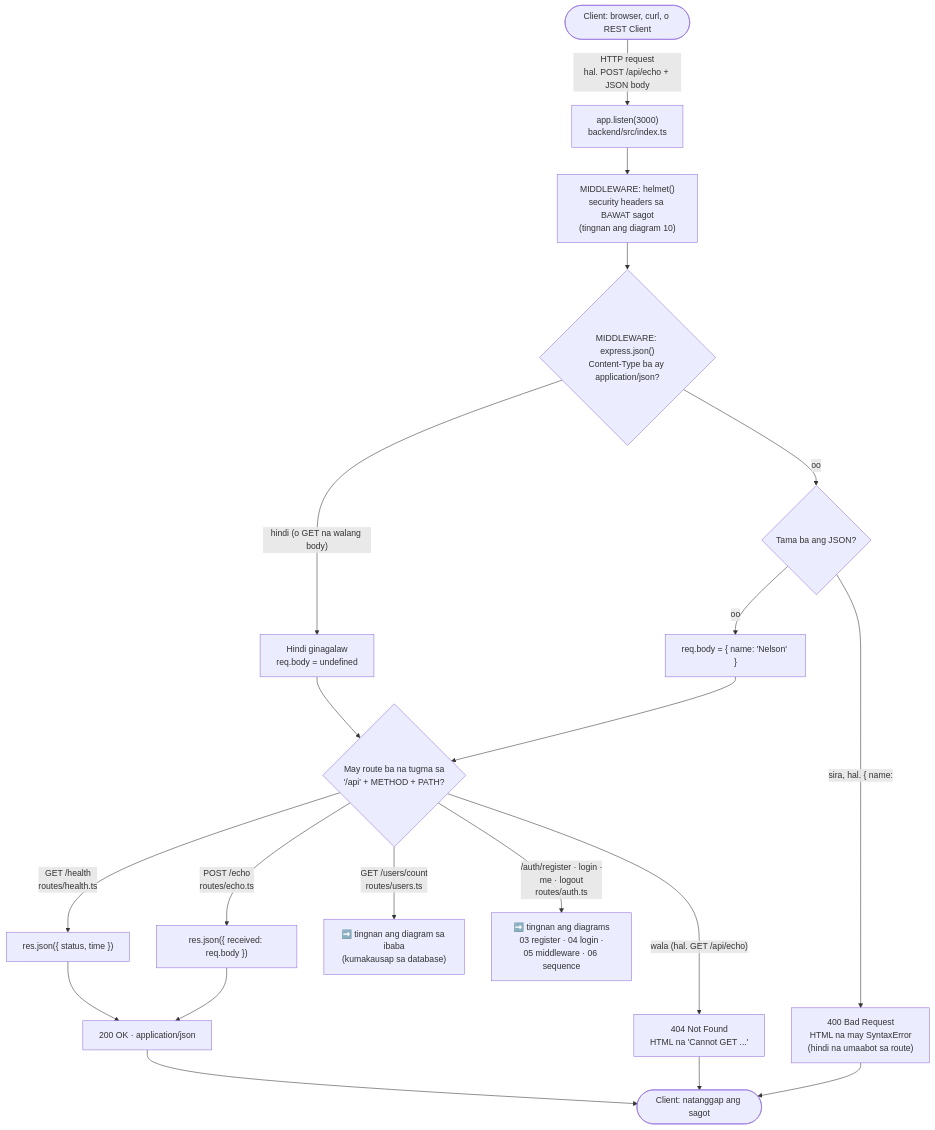
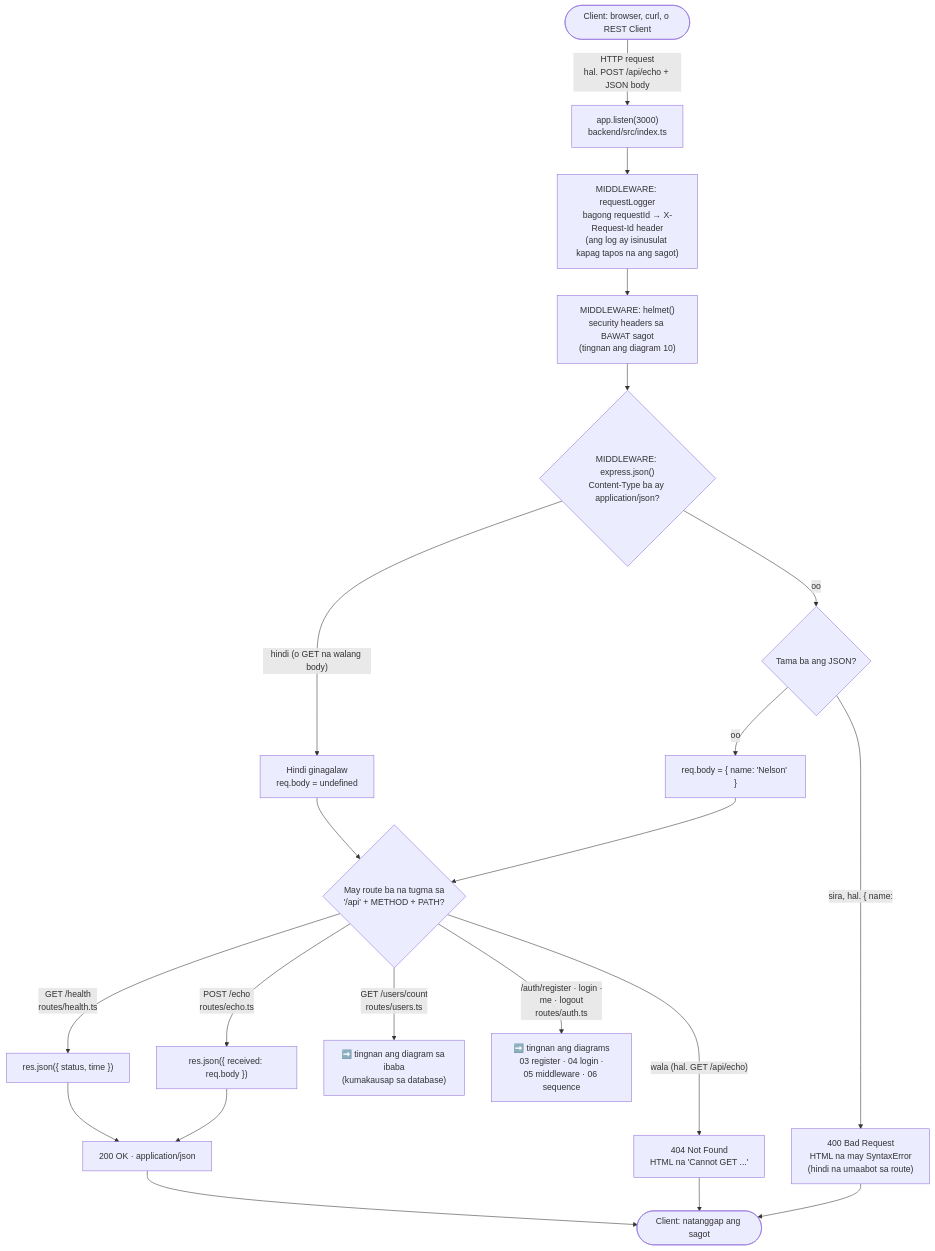
One commit to nelson1869-ai/auth-learning changed the first of 3 diagrams in docs/diagrams/01-request-lifecycle.md. Above: the diagram before and after it, drawn with Mermaid. The commit also changed other lines of this file and 20 other files, not shown here.

````diff
--- a/docs/diagrams/01-request-lifecycle.md
+++ b/docs/diagrams/01-request-lifecycle.md
@@ -10,22 +10,23 @@
 ```mermaid
 flowchart TD
     Start(["Client: browser, curl, o REST Client"]) -->|"HTTP request<br/>hal. POST /api/echo + JSON body"| Listen["app.listen(3000)<br/>backend/src/index.ts"]
-    Listen --> Helmet["MIDDLEWARE: helmet()<br/>security headers sa BAWAT sagot<br/>(tingnan ang diagram 10)"]
+    Listen --> Log["MIDDLEWARE: requestLogger<br/>bagong requestId → X-Request-Id header<br/>(ang log ay isinusulat kapag tapos na ang sagot)"]
+    Log --> Helmet["MIDDLEWARE: helmet()<br/>security headers sa BAWAT sagot<br/>(tingnan ang diagram 10)"]
     Helmet --> Json{"MIDDLEWARE: express.json()<br/>Content-Type ba ay application/json?"}
     Json -->|"hindi (o GET na walang body)"| Skip["Hindi ginagalaw<br/>req.body = undefined"]
     Json -->|"oo"| Parse{"Tama ba ang JSON?"}
     Parse -->|"oo"| Body["req.body = { name: 'Nelson' }"]
     Parse -->|"sira, hal. { name:"| Bad["400 Bad Request<br/>HTML na may SyntaxError<br/>(hindi na umaabot sa route)"]
     Skip --> Match
     Body --> Match{"May route ba na tugma sa<br/>'/api' + METHOD + PATH?"}
     Match -->|"GET /health<br/>routes/health.ts"| Health["res.json({ status, time })"]
     Match -->|"POST /echo<br/>routes/echo.ts"| Echo["res.json({ received: req.body })"]
     Match -->|"GET /users/count<br/>routes/users.ts"| Users["➡️ tingnan ang diagram sa ibaba<br/>(kumakausap sa database)"]
     Match -->|"/auth/register · login ·<br/>me · logout<br/>routes/auth.ts"| AuthR["➡️ tingnan ang diagrams<br/>03 register · 04 login ·<br/>05 middleware · 06 sequence"]
     Match -->|"wala (hal. GET /api/echo)"| NotFound["404 Not Found<br/>HTML na 'Cannot GET ...'"]
     Health --> OK["200 OK · application/json"]
     Echo --> OK
     OK --> Done(["Client: natanggap ang sagot"])
     Bad --> Done
     NotFound --> Done
 ```
````
